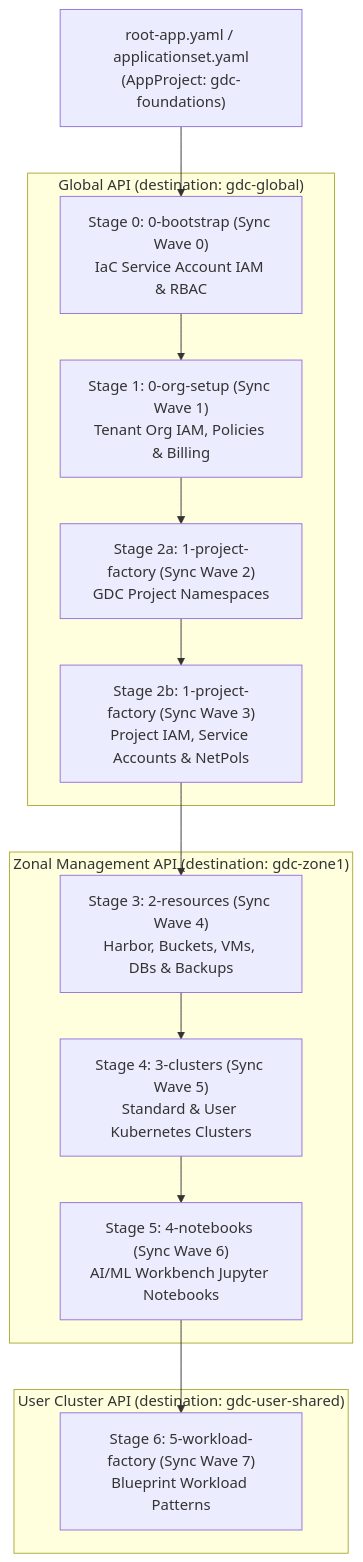
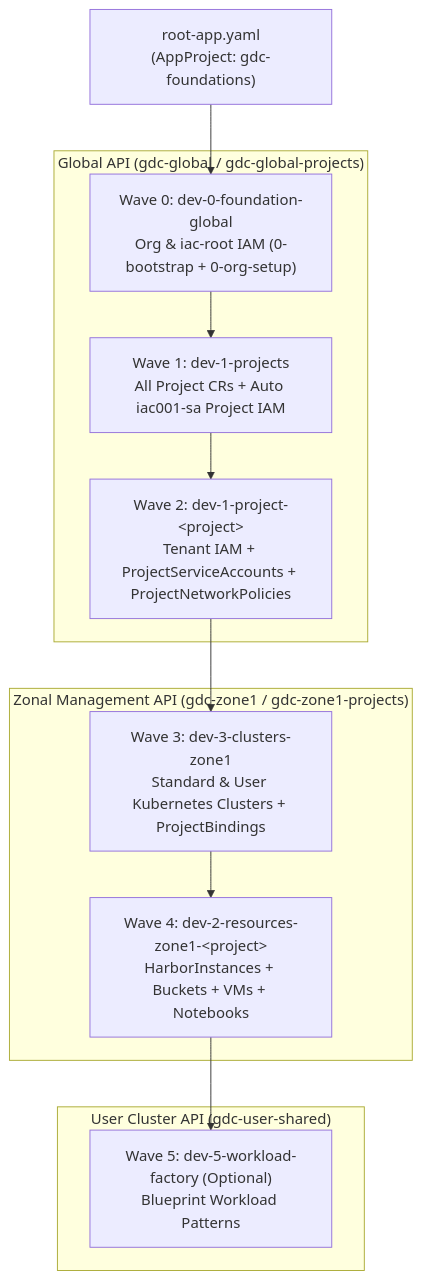
One commit to gdc-iac/gdc-iac-org changed the first of 2 diagrams in foundations-argo/README.md. Above: the diagram before and after it, drawn with Mermaid. The commit also changed other lines of this file and 27 other files, not shown here.

First line of the commit message:
feat(foundations-argo): consolidate to 3+2N pure-SA layout and add STS/project sync CronJob (#107)

````diff
--- a/foundations-argo/README.md
+++ b/foundations-argo/README.md
@@ -59,30 +35,21 @@
 ```mermaid
 graph TD
-    Root["root-app.yaml / applicationset.yaml<br/>(AppProject: gdc-foundations)"]
+    Root["root-app.yaml<br/>(AppProject: gdc-foundations)"]
 
-    subgraph Global_API ["Global API (destination: gdc-global)"]
-        W0["Stage 0: 0-bootstrap (Sync Wave 0)<br/>IaC Service Account IAM & RBAC"]
-        W1["Stage 1: 0-org-setup (Sync Wave 1)<br/>Tenant Org IAM, Policies & Billing"]
-        W2["Stage 2a: 1-project-factory (Sync Wave 2)<br/>GDC Project Namespaces"]
-        W3["Stage 2b: 1-project-factory (Sync Wave 3)<br/>Project IAM, Service Accounts & NetPols"]
+    subgraph Global_API ["Global API (gdc-global / gdc-global-projects)"]
+        W0["Wave 0: dev-0-foundation-global<br/>Org & iac-root IAM (0-bootstrap + 0-org-setup)"]
+        W1["Wave 1: dev-1-projects<br/>All Project CRs + Auto iac001-sa Project IAM"]
+        W2["Wave 2: dev-1-project-&lt;project&gt;<br/>Tenant IAM + ProjectServiceAccounts + ProjectNetworkPolicies"]
     end
 
-    subgraph Zonal_API ["Zonal Management API (destination: gdc-zone1)"]
-        W4["Stage 3: 2-resources (Sync Wave 4)<br/>Harbor, Buckets, VMs, DBs & Backups"]
-        W5["Stage 4: 3-clusters (Sync Wave 5)<br/>Standard & User Kubernetes Clusters"]
-        W6["Stage 5: 4-notebooks (Sync Wave 6)<br/>AI/ML Workbench Jupyter Notebooks"]
+    subgraph Zonal_API ["Zonal Management API (gdc-zone1 / gdc-zone1-projects)"]
+        W3["Wave 3: dev-3-clusters-zone1<br/>Standard & User Kubernetes Clusters + ProjectBindings"]
+        W4["Wave 4: dev-2-resources-zone1-&lt;project&gt;<br/>HarborInstances + Buckets + VMs + Notebooks"]
     end
 
-    subgraph User_API ["User Cluster API (destination: gdc-user-shared)"]
-        W7["Stage 6: 5-workload-factory (Sync Wave 7)<br/>Blueprint Workload Patterns"]
+    subgraph User_API ["User Cluster API (gdc-user-shared)"]
+        W5["Wave 5: dev-5-workload-factory (Optional)<br/>Blueprint Workload Patterns"]
     end
 
-    Root --> W0
-    W0 --> W1
-    W1 --> W2
-    W2 --> W3
-    W3 --> W4
-    W4 --> W5
-    W5 --> W6
-    W6 --> W7
+    Root --> W0 --> W1 --> W2 --> W3 --> W4 --> W5
 ```
````
